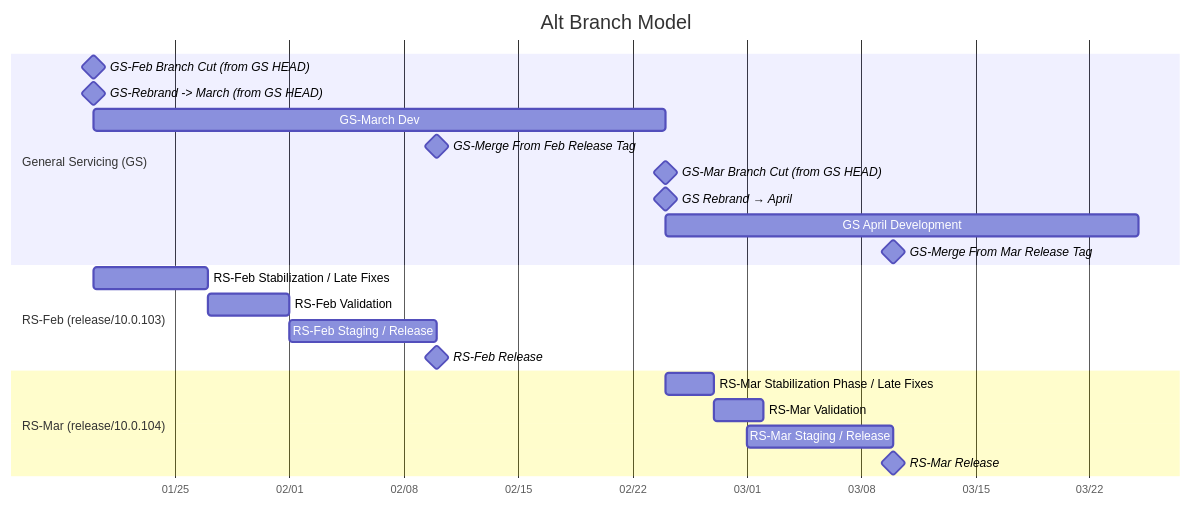
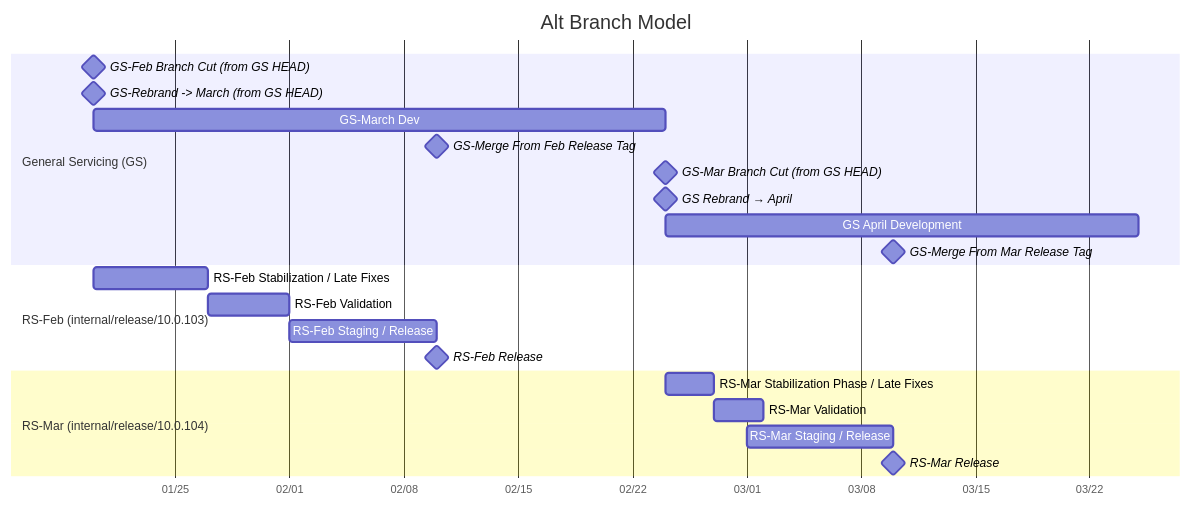
One commit to dotnet/dotnet changed the first of 2 diagrams in docs/VMR-Servicing-Workflows.md. Above: the diagram before and after it, drawn with Mermaid. The commit also changed other lines of this file and 1 other file, not shown here.

First line of the commit message:
Update docs to remove public release-specific servicing branch references

````diff
--- a/docs/VMR-Servicing-Workflows.md
+++ b/docs/VMR-Servicing-Workflows.md
@@ -69,29 +68,29 @@
 ```mermaid
 gantt
   title Alt Branch Model
   dateFormat  YYYY-MM-DD
   axisFormat  %m/%d
 
   section General Servicing (GS)
   GS-Feb Branch Cut (from GS HEAD)                     :milestone, rs_mar_cut, 2026-01-20, 0d
   GS-Rebrand -> March (from GS HEAD)                   :milestone, gs_to_mar, 2026-01-20, 0d
   GS-March Dev                            :gs_mar_dev, 2026-01-20, 35d
   GS-Merge From Feb Release Tag                        :milestone, 2026-02-10, 0d
   GS-Mar Branch Cut (from GS HEAD)                     :milestone, rs_mar_cut, 2026-02-24, 0d
   GS Rebrand → April                                :milestone, gs_to_apr, 2026-02-24, 0d
   GS April Development                          :gs_apr_dev, 2026-02-24, 29d
   GS-Merge From Mar Release Tag                        :milestone, 2026-03-10, 0d
 
-  section RS-Feb (release/10.0.103)
+  section RS-Feb (internal/release/10.0.103)
   RS-Feb Stabilization / Late Fixes                    :rs_feb_stab, 2026-01-20, 7d
   RS-Feb Validation                            :rs_feb_build, 2026-01-27, 5d
   RS-Feb Staging / Release                             :rs_feb_build, 2026-02-01, 9d
   RS-Feb Release                                        :milestone, 2026-02-10, 0d
 
 
-  section RS-Mar (release/10.0.104)
+  section RS-Mar (internal/release/10.0.104)
   RS-Mar Stabilization Phase / Late Fixes               :rs_mar_stab, 2026-02-24, 3d
   RS-Mar Validation                                     :rs_mar_build2, 2026-02-27, 3d
   RS-Mar Staging / Release                              :rs_feb_build, 2026-03-01, 9d
   RS-Mar Release                                       :milestone, 2026-03-10, 0d
 ```
````
